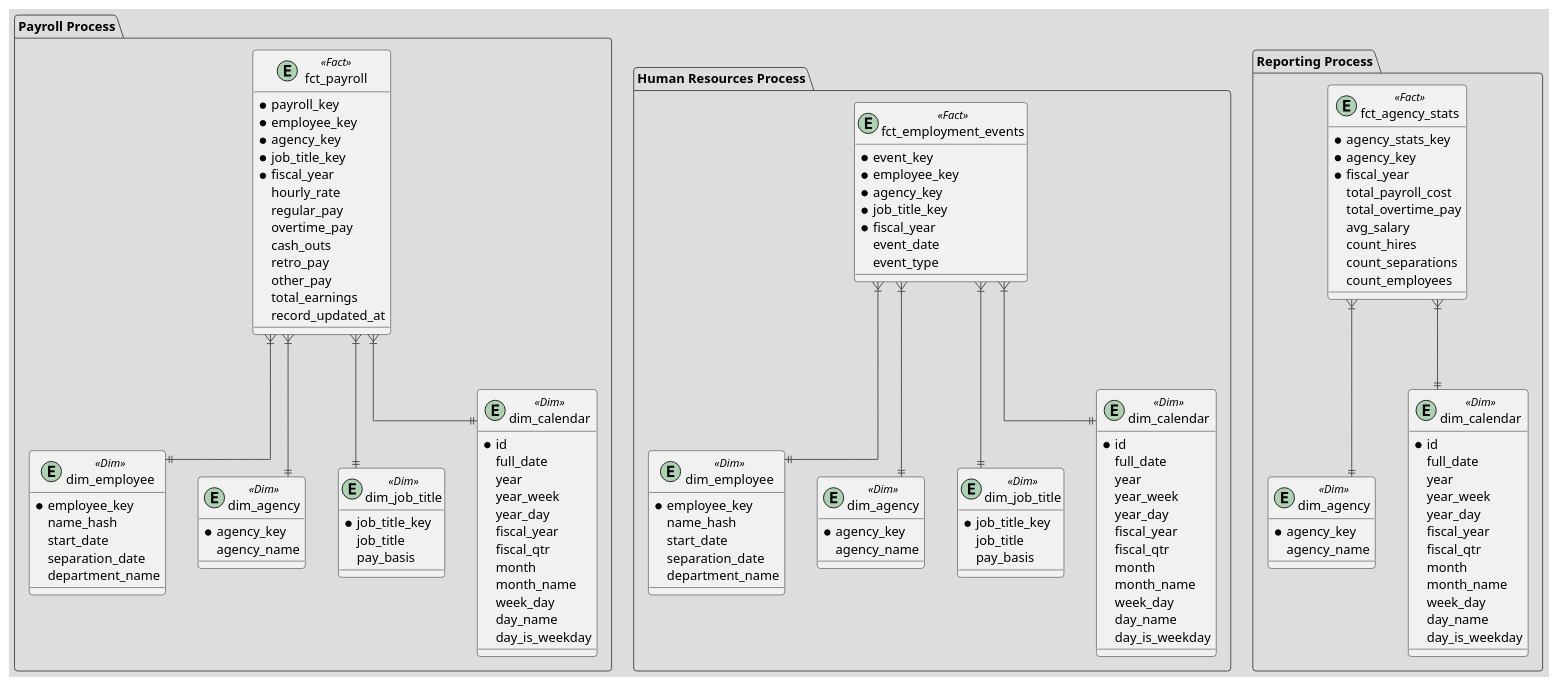
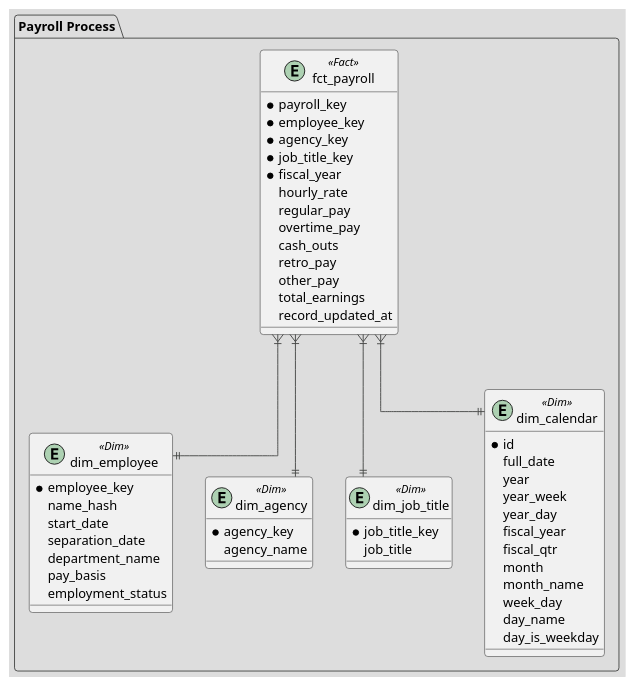
Before and after one commit to Kadiax/mta-payroll-nyc: the diagram in documentation/diagrams/source_code/erd_mta_logical_model.puml, drawn with PlantUML. The commit also changed 9 other files, not shown here.

Commit message:
docs: update erd (removed 2 stars schemas)

```diff
--- a/documentation/diagrams/source_code/erd_mta_logical_model.puml
+++ b/documentation/diagrams/source_code/erd_mta_logical_model.puml
@@ -1,143 +1,60 @@
 @startuml
 !theme toy
 skinparam linetype ortho
 
 ' --- STAR 1 : PAYROLL ---
 package "Payroll Process" {
     entity "fct_payroll" as FP <<Fact>> {
         * payroll_key 
         * employee_key 
         * agency_key 
         * job_title_key 
         * fiscal_year 
          hourly_rate 
          regular_pay 
          overtime_pay 
          cash_outs 
          retro_pay 
          other_pay 
          total_earnings 
          record_updated_at 
     }
     entity "dim_employee" as DE1 <<Dim>> {
         * employee_key 
          name_hash 
          start_date 
          separation_date 
          department_name 
+         pay_basis
+         employment_status
     }
     entity "dim_agency" as DA1 <<Dim>> {
         * agency_key 
          agency_name 
     }
     entity "dim_job_title" as DJT1 <<Dim>> {
         * job_title_key 
          job_title 
-         pay_basis 
     }
     entity "dim_calendar" as DC1 <<Dim>> {
          * id  
          full_date 
          year 
          year_week 
          year_day 
          fiscal_year 
          fiscal_qtr 
          month 
          month_name 
          week_day 
          day_name 
          day_is_weekday
     }
     
     FP }|--|| DE1
     FP }|--|| DA1
     FP }|--|| DJT1
     FP }|--|| DC1
 }
 
-' --- STAR 2 : EVENTS ---
-package "Human Resources Process" {
-    entity "fct_employment_events" as FE <<Fact>> {
-        * event_key 
-        * employee_key 
-        * agency_key 
-        * job_title_key 
-        * fiscal_year 
-         event_date 
-         event_type 
-
-    }
-    entity "dim_employee" as DE2 <<Dim>> {
-        * employee_key 
-         name_hash 
-         start_date 
-         separation_date 
-         department_name 
-    }
-    entity "dim_agency" as DA2 <<Dim>> {
-        * agency_key 
-         agency_name 
-    }
-    entity "dim_job_title" as DJT2 <<Dim>> {
-        * job_title_key 
-         job_title 
-         pay_basis 
-    }
-    entity "dim_calendar" as DC2 <<Dim>> {
-         * id 
-         full_date 
-         year 
-         year_week 
-         year_day 
-         fiscal_year 
-         fiscal_qtr 
-         month 
-         month_name 
-         week_day 
-         day_name 
-         day_is_weekday
-    }
-    FE }|--|| DE2
-    FE }|--|| DA2
-    FE }|--|| DJT2
-    FE }|--|| DC2
-}
-
-' --- STAR 3 : STATS ---
-package "Reporting Process" {
-    entity "fct_agency_stats" as FS <<Fact>> {
-        * agency_stats_key 
-        * agency_key 
-        * fiscal_year 
-         total_payroll_cost 
-         total_overtime_pay 
-         avg_salary 
-         count_hires 
-         count_separations 
-         count_employees 
-    }
-    entity "dim_agency" as DA3 <<Dim>> {
-        * agency_key 
-         agency_name 
-    }   
-    entity "dim_calendar" as DC3 <<Dim>> {
-         * id
-         full_date 
-         year 
-         year_week 
-         year_day 
-         fiscal_year 
-         fiscal_qtr 
-         month 
-         month_name 
-         week_day 
-         day_name 
-         day_is_weekday
-    }
-
-    FS }|--|| DA3
-    FS }|--|| DC3
-}
-
 @enduml
```
